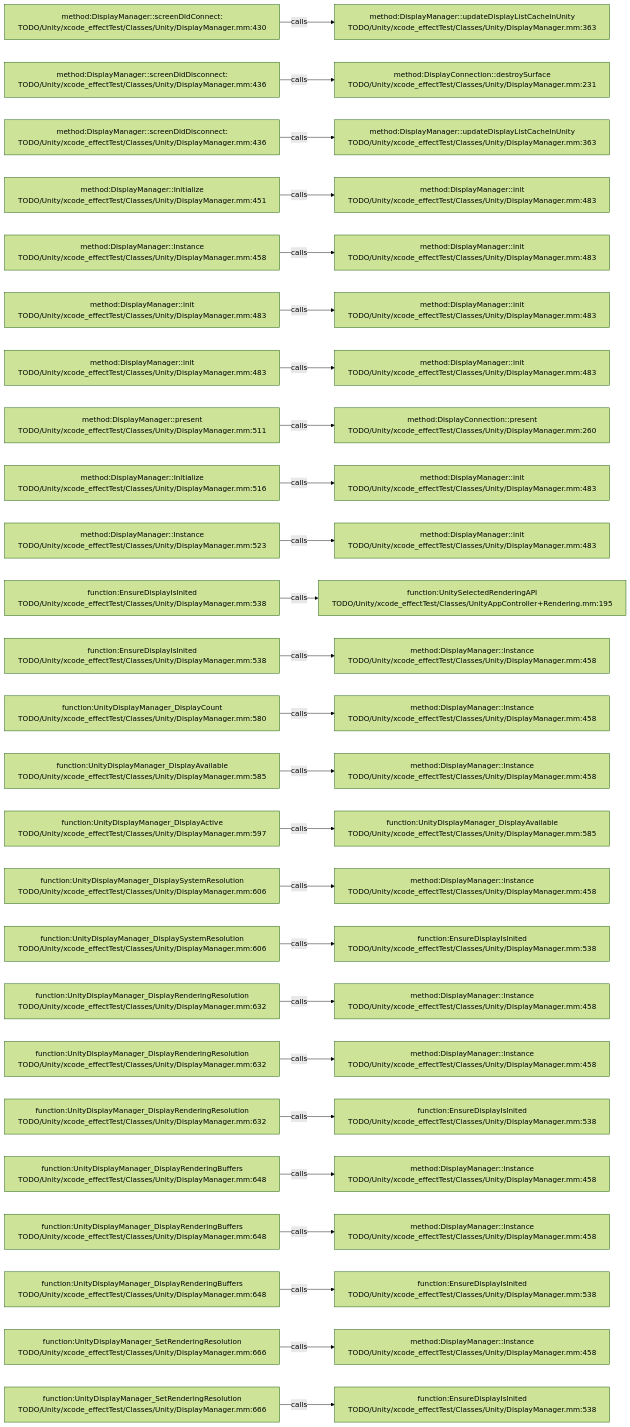
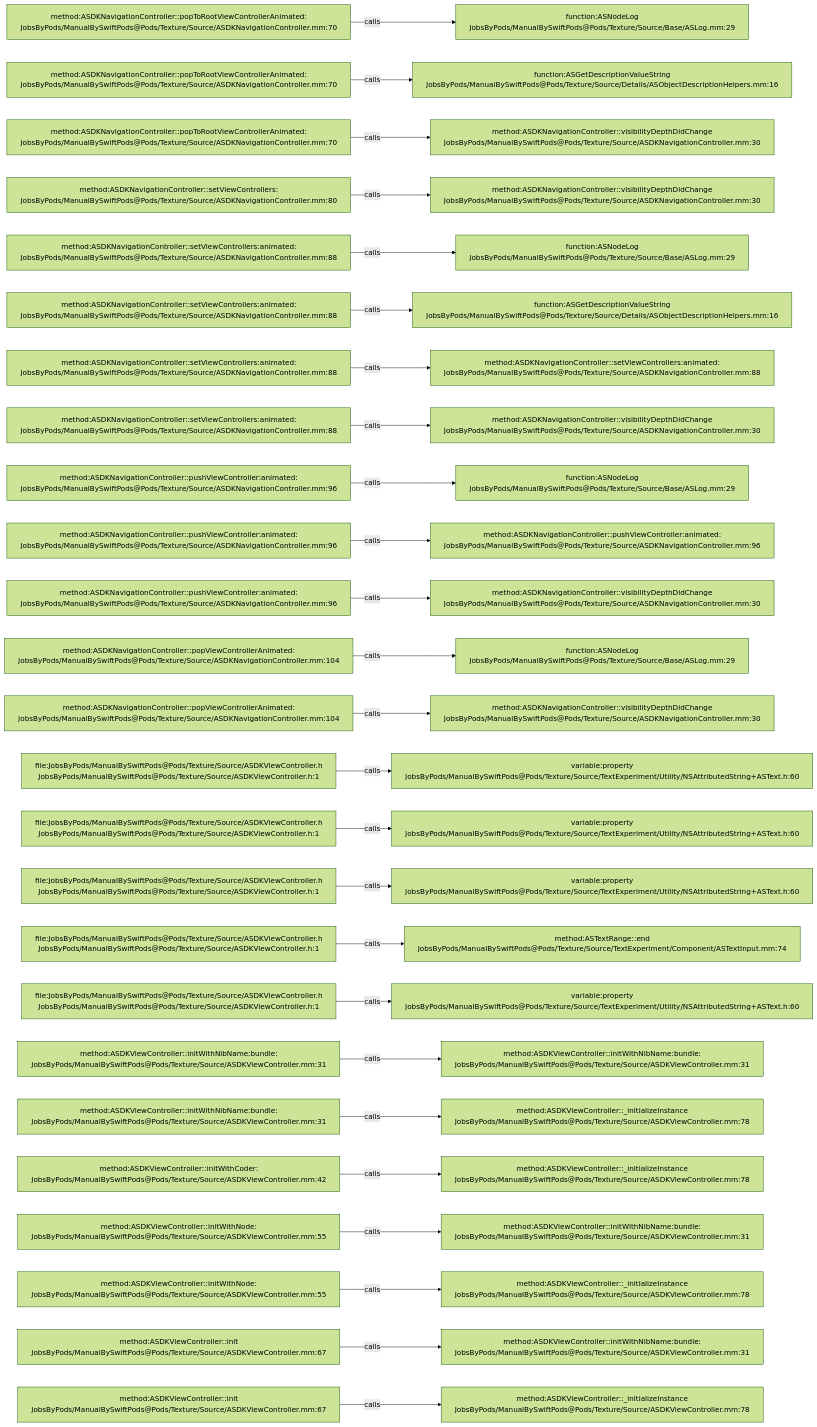
The diagram in .codegraph/codegraph.md/graphs/calls-037.md (JobsKits/JobsSwiftBaseConfigDemo), drawn with Mermaid (forest theme) before and after one commit. The commit also changed 2959 other files, not shown here.

````diff
--- a/.codegraph/codegraph.md/graphs/calls-037.md
+++ b/.codegraph/codegraph.md/graphs/calls-037.md
@@ -13,78 +13,78 @@
 ```mermaid
 flowchart LR
-  S1["method:DisplayManager::screenDidConnect:<br/>TODO/Unity/xcode_effectTest/Classes/Unity/DisplayManager.mm:430"]
-  T1["method:DisplayManager::updateDisplayListCacheInUnity<br/>TODO/Unity/xcode_effectTest/Classes/Unity/DisplayManager.mm:363"]
+  S1["method:ASDKNavigationController::popToRootViewControllerAnimated:<br/>JobsByPods/ManualBySwiftPods@Pods/Texture/Source/ASDKNavigationController.mm:70"]
+  T1["function:ASNodeLog<br/>JobsByPods/ManualBySwiftPods@Pods/Texture/Source/Base/ASLog.mm:29"]
   S1 -->|calls| T1
-  S2["method:DisplayManager::screenDidDisconnect:<br/>TODO/Unity/xcode_effectTest/Classes/Unity/DisplayManager.mm:436"]
-  T2["method:DisplayConnection::destroySurface<br/>TODO/Unity/xcode_effectTest/Classes/Unity/DisplayManager.mm:231"]
+  S2["method:ASDKNavigationController::popToRootViewControllerAnimated:<br/>JobsByPods/ManualBySwiftPods@Pods/Texture/Source/ASDKNavigationController.mm:70"]
+  T2["function:ASGetDescriptionValueString<br/>JobsByPods/ManualBySwiftPods@Pods/Texture/Source/Details/ASObjectDescriptionHelpers.mm:16"]
   S2 -->|calls| T2
-  S3["method:DisplayManager::screenDidDisconnect:<br/>TODO/Unity/xcode_effectTest/Classes/Unity/DisplayManager.mm:436"]
-  T3["method:DisplayManager::updateDisplayListCacheInUnity<br/>TODO/Unity/xcode_effectTest/Classes/Unity/DisplayManager.mm:363"]
+  S3["method:ASDKNavigationController::popToRootViewControllerAnimated:<br/>JobsByPods/ManualBySwiftPods@Pods/Texture/Source/ASDKNavigationController.mm:70"]
+  T3["method:ASDKNavigationController::visibilityDepthDidChange<br/>JobsByPods/ManualBySwiftPods@Pods/Texture/Source/ASDKNavigationController.mm:30"]
   S3 -->|calls| T3
-  S4["method:DisplayManager::Initialize<br/>TODO/Unity/xcode_effectTest/Classes/Unity/DisplayManager.mm:451"]
-  T4["method:DisplayManager::init<br/>TODO/Unity/xcode_effectTest/Classes/Unity/DisplayManager.mm:483"]
+  S4["method:ASDKNavigationController::setViewControllers:<br/>JobsByPods/ManualBySwiftPods@Pods/Texture/Source/ASDKNavigationController.mm:80"]
+  T4["method:ASDKNavigationController::visibilityDepthDidChange<br/>JobsByPods/ManualBySwiftPods@Pods/Texture/Source/ASDKNavigationController.mm:30"]
   S4 -->|calls| T4
-  S5["method:DisplayManager::Instance<br/>TODO/Unity/xcode_effectTest/Classes/Unity/DisplayManager.mm:458"]
-  T5["method:DisplayManager::init<br/>TODO/Unity/xcode_effectTest/Classes/Unity/DisplayManager.mm:483"]
+  S5["method:ASDKNavigationController::setViewControllers:animated:<br/>JobsByPods/ManualBySwiftPods@Pods/Texture/Source/ASDKNavigationController.mm:88"]
+  T5["function:ASNodeLog<br/>JobsByPods/ManualBySwiftPods@Pods/Texture/Source/Base/ASLog.mm:29"]
   S5 -->|calls| T5
-  S6["method:DisplayManager::init<br/>TODO/Unity/xcode_effectTest/Classes/Unity/DisplayManager.mm:483"]
-  T6["method:DisplayManager::init<br/>TODO/Unity/xcode_effectTest/Classes/Unity/DisplayManager.mm:483"]
+  S6["method:ASDKNavigationController::setViewControllers:animated:<br/>JobsByPods/ManualBySwiftPods@Pods/Texture/Source/ASDKNavigationController.mm:88"]
+  T6["function:ASGetDescriptionValueString<br/>JobsByPods/ManualBySwiftPods@Pods/Texture/Source/Details/ASObjectDescriptionHelpers.mm:16"]
   S6 -->|calls| T6
-  S7["method:DisplayManager::init<br/>TODO/Unity/xcode_effectTest/Classes/Unity/DisplayManager.mm:483"]
-  T7["method:DisplayManager::init<br/>TODO/Unity/xcode_effectTest/Classes/Unity/DisplayManager.mm:483"]
+  S7["method:ASDKNavigationController::setViewControllers:animated:<br/>JobsByPods/ManualBySwiftPods@Pods/Texture/Source/ASDKNavigationController.mm:88"]
+  T7["method:ASDKNavigationController::setViewControllers:animated:<br/>JobsByPods/ManualBySwiftPods@Pods/Texture/Source/ASDKNavigationController.mm:88"]
   S7 -->|calls| T7
-  S8["method:DisplayManager::present<br/>TODO/Unity/xcode_effectTest/Classes/Unity/DisplayManager.mm:511"]
-  T8["method:DisplayConnection::present<br/>TODO/Unity/xcode_effectTest/Classes/Unity/DisplayManager.mm:260"]
+  S8["method:ASDKNavigationController::setViewControllers:animated:<br/>JobsByPods/ManualBySwiftPods@Pods/Texture/Source/ASDKNavigationController.mm:88"]
+  T8["method:ASDKNavigationController::visibilityDepthDidChange<br/>JobsByPods/ManualBySwiftPods@Pods/Texture/Source/ASDKNavigationController.mm:30"]
   S8 -->|calls| T8
-  S9["method:DisplayManager::Initialize<br/>TODO/Unity/xcode_effectTest/Classes/Unity/DisplayManager.mm:516"]
-  T9["method:DisplayManager::init<br/>TODO/Unity/xcode_effectTest/Classes/Unity/DisplayManager.mm:483"]
+  S9["method:ASDKNavigationController::pushViewController:animated:<br/>JobsByPods/ManualBySwiftPods@Pods/Texture/Source/ASDKNavigationController.mm:96"]
+  T9["function:ASNodeLog<br/>JobsByPods/ManualBySwiftPods@Pods/Texture/Source/Base/ASLog.mm:29"]
   S9 -->|calls| T9
-  S10["method:DisplayManager::Instance<br/>TODO/Unity/xcode_effectTest/Classes/Unity/DisplayManager.mm:523"]
-  T10["method:DisplayManager::init<br/>TODO/Unity/xcode_effectTest/Classes/Unity/DisplayManager.mm:483"]
+  S10["method:ASDKNavigationController::pushViewController:animated:<br/>JobsByPods/ManualBySwiftPods@Pods/Texture/Source/ASDKNavigationController.mm:96"]
+  T10["method:ASDKNavigationController::pushViewController:animated:<br/>JobsByPods/ManualBySwiftPods@Pods/Texture/Source/ASDKNavigationController.mm:96"]
   S10 -->|calls| T10
-  S11["function:EnsureDisplayIsInited<br/>TODO/Unity/xcode_effectTest/Classes/Unity/DisplayManager.mm:538"]
-  T11["function:UnitySelectedRenderingAPI<br/>TODO/Unity/xcode_effectTest/Classes/UnityAppController+Rendering.mm:195"]
+  S11["method:ASDKNavigationController::pushViewController:animated:<br/>JobsByPods/ManualBySwiftPods@Pods/Texture/Source/ASDKNavigationController.mm:96"]
+  T11["method:ASDKNavigationController::visibilityDepthDidChange<br/>JobsByPods/ManualBySwiftPods@Pods/Texture/Source/ASDKNavigationController.mm:30"]
   S11 -->|calls| T11
-  S12["function:EnsureDisplayIsInited<br/>TODO/Unity/xcode_effectTest/Classes/Unity/DisplayManager.mm:538"]
-  T12["method:DisplayManager::Instance<br/>TODO/Unity/xcode_effectTest/Classes/Unity/DisplayManager.mm:458"]
+  S12["method:ASDKNavigationController::popViewControllerAnimated:<br/>JobsByPods/ManualBySwiftPods@Pods/Texture/Source/ASDKNavigationController.mm:104"]
+  T12["function:ASNodeLog<br/>JobsByPods/ManualBySwiftPods@Pods/Texture/Source/Base/ASLog.mm:29"]
   S12 -->|calls| T12
-  S13["function:UnityDisplayManager_DisplayCount<br/>TODO/Unity/xcode_effectTest/Classes/Unity/DisplayManager.mm:580"]
-  T13["method:DisplayManager::Instance<br/>TODO/Unity/xcode_effectTest/Classes/Unity/DisplayManager.mm:458"]
+  S13["method:ASDKNavigationController::popViewControllerAnimated:<br/>JobsByPods/ManualBySwiftPods@Pods/Texture/Source/ASDKNavigationController.mm:104"]
+  T13["method:ASDKNavigationController::visibilityDepthDidChange<br/>JobsByPods/ManualBySwiftPods@Pods/Texture/Source/ASDKNavigationController.mm:30"]
   S13 -->|calls| T13
-  S14["function:UnityDisplayManager_DisplayAvailable<br/>TODO/Unity/xcode_effectTest/Classes/Unity/DisplayManager.mm:585"]
-  T14["method:DisplayManager::Instance<br/>TODO/Unity/xcode_effectTest/Classes/Unity/DisplayManager.mm:458"]
+  S14["file:JobsByPods/ManualBySwiftPods@Pods/Texture/Source/ASDKViewController.h<br/>JobsByPods/ManualBySwiftPods@Pods/Texture/Source/ASDKViewController.h:1"]
+  T14["variable:property<br/>JobsByPods/ManualBySwiftPods@Pods/Texture/Source/TextExperiment/Utility/NSAttributedString+ASText.h:60"]
   S14 -->|calls| T14
-  S15["function:UnityDisplayManager_DisplayActive<br/>TODO/Unity/xcode_effectTest/Classes/Unity/DisplayManager.mm:597"]
-  T15["function:UnityDisplayManager_DisplayAvailable<br/>TODO/Unity/xcode_effectTest/Classes/Unity/DisplayManager.mm:585"]
+  S15["file:JobsByPods/ManualBySwiftPods@Pods/Texture/Source/ASDKViewController.h<br/>JobsByPods/ManualBySwiftPods@Pods/Texture/Source/ASDKViewController.h:1"]
+  T15["variable:property<br/>JobsByPods/ManualBySwiftPods@Pods/Texture/Source/TextExperiment/Utility/NSAttributedString+ASText.h:60"]
   S15 -->|calls| T15
-  S16["function:UnityDisplayManager_DisplaySystemResolution<br/>TODO/Unity/xcode_effectTest/Classes/Unity/DisplayManager.mm:606"]
-  T16["method:DisplayManager::Instance<br/>TODO/Unity/xcode_effectTest/Classes/Unity/DisplayManager.mm:458"]
+  S16["file:JobsByPods/ManualBySwiftPods@Pods/Texture/Source/ASDKViewController.h<br/>JobsByPods/ManualBySwiftPods@Pods/Texture/Source/ASDKViewController.h:1"]
+  T16["variable:property<br/>JobsByPods/ManualBySwiftPods@Pods/Texture/Source/TextExperiment/Utility/NSAttributedString+ASText.h:60"]
   S16 -->|calls| T16
-  S17["function:UnityDisplayManager_DisplaySystemResolution<br/>TODO/Unity/xcode_effectTest/Classes/Unity/DisplayManager.mm:606"]
-  T17["function:EnsureDisplayIsInited<br/>TODO/Unity/xcode_effectTest/Classes/Unity/DisplayManager.mm:538"]
+  S17["file:JobsByPods/ManualBySwiftPods@Pods/Texture/Source/ASDKViewController.h<br/>JobsByPods/ManualBySwiftPods@Pods/Texture/Source/ASDKViewController.h:1"]
+  T17["method:ASTextRange::end<br/>JobsByPods/ManualBySwiftPods@Pods/Texture/Source/TextExperiment/Component/ASTextInput.mm:74"]
   S17 -->|calls| T17
-  S18["function:UnityDisplayManager_DisplayRenderingResolution<br/>TODO/Unity/xcode_effectTest/Classes/Unity/DisplayManager.mm:632"]
-  T18["method:DisplayManager::Instance<br/>TODO/Unity/xcode_effectTest/Classes/Unity/DisplayManager.mm:458"]
+  S18["file:JobsByPods/ManualBySwiftPods@Pods/Texture/Source/ASDKViewController.h<br/>JobsByPods/ManualBySwiftPods@Pods/Texture/Source/ASDKViewController.h:1"]
+  T18["variable:property<br/>JobsByPods/ManualBySwiftPods@Pods/Texture/Source/TextExperiment/Utility/NSAttributedString+ASText.h:60"]
   S18 -->|calls| T18
-  S19["function:UnityDisplayManager_DisplayRenderingResolution<br/>TODO/Unity/xcode_effectTest/Classes/Unity/DisplayManager.mm:632"]
-  T19["method:DisplayManager::Instance<br/>TODO/Unity/xcode_effectTest/Classes/Unity/DisplayManager.mm:458"]
+  S19["method:ASDKViewController::initWithNibName:bundle:<br/>JobsByPods/ManualBySwiftPods@Pods/Texture/Source/ASDKViewController.mm:31"]
+  T19["method:ASDKViewController::initWithNibName:bundle:<br/>JobsByPods/ManualBySwiftPods@Pods/Texture/Source/ASDKViewController.mm:31"]
   S19 -->|calls| T19
-  S20["function:UnityDisplayManager_DisplayRenderingResolution<br/>TODO/Unity/xcode_effectTest/Classes/Unity/DisplayManager.mm:632"]
-  T20["function:EnsureDisplayIsInited<br/>TODO/Unity/xcode_effectTest/Classes/Unity/DisplayManager.mm:538"]
+  S20["method:ASDKViewController::initWithNibName:bundle:<br/>JobsByPods/ManualBySwiftPods@Pods/Texture/Source/ASDKViewController.mm:31"]
+  T20["method:ASDKViewController::_initializeInstance<br/>JobsByPods/ManualBySwiftPods@Pods/Texture/Source/ASDKViewController.mm:78"]
   S20 -->|calls| T20
-  S21["function:UnityDisplayManager_DisplayRenderingBuffers<br/>TODO/Unity/xcode_effectTest/Classes/Unity/DisplayManager.mm:648"]
-  T21["method:DisplayManager::Instance<br/>TODO/Unity/xcode_effectTest/Classes/Unity/DisplayManager.mm:458"]
+  S21["method:ASDKViewController::initWithCoder:<br/>JobsByPods/ManualBySwiftPods@Pods/Texture/Source/ASDKViewController.mm:42"]
+  T21["method:ASDKViewController::_initializeInstance<br/>JobsByPods/ManualBySwiftPods@Pods/Texture/Source/ASDKViewController.mm:78"]
   S21 -->|calls| T21
-  S22["function:UnityDisplayManager_DisplayRenderingBuffers<br/>TODO/Unity/xcode_effectTest/Classes/Unity/DisplayManager.mm:648"]
-  T22["method:DisplayManager::Instance<br/>TODO/Unity/xcode_effectTest/Classes/Unity/DisplayManager.mm:458"]
+  S22["method:ASDKViewController::initWithNode:<br/>JobsByPods/ManualBySwiftPods@Pods/Texture/Source/ASDKViewController.mm:55"]
+  T22["method:ASDKViewController::initWithNibName:bundle:<br/>JobsByPods/ManualBySwiftPods@Pods/Texture/Source/ASDKViewController.mm:31"]
   S22 -->|calls| T22
-  S23["function:UnityDisplayManager_DisplayRenderingBuffers<br/>TODO/Unity/xcode_effectTest/Classes/Unity/DisplayManager.mm:648"]
-  T23["function:EnsureDisplayIsInited<br/>TODO/Unity/xcode_effectTest/Classes/Unity/DisplayManager.mm:538"]
+  S23["method:ASDKViewController::initWithNode:<br/>JobsByPods/ManualBySwiftPods@Pods/Texture/Source/ASDKViewController.mm:55"]
+  T23["method:ASDKViewController::_initializeInstance<br/>JobsByPods/ManualBySwiftPods@Pods/Texture/Source/ASDKViewController.mm:78"]
   S23 -->|calls| T23
-  S24["function:UnityDisplayManager_SetRenderingResolution<br/>TODO/Unity/xcode_effectTest/Classes/Unity/DisplayManager.mm:666"]
-  T24["method:DisplayManager::Instance<br/>TODO/Unity/xcode_effectTest/Classes/Unity/DisplayManager.mm:458"]
+  S24["method:ASDKViewController::init<br/>JobsByPods/ManualBySwiftPods@Pods/Texture/Source/ASDKViewController.mm:67"]
+  T24["method:ASDKViewController::initWithNibName:bundle:<br/>JobsByPods/ManualBySwiftPods@Pods/Texture/Source/ASDKViewController.mm:31"]
   S24 -->|calls| T24
-  S25["function:UnityDisplayManager_SetRenderingResolution<br/>TODO/Unity/xcode_effectTest/Classes/Unity/DisplayManager.mm:666"]
-  T25["function:EnsureDisplayIsInited<br/>TODO/Unity/xcode_effectTest/Classes/Unity/DisplayManager.mm:538"]
+  S25["method:ASDKViewController::init<br/>JobsByPods/ManualBySwiftPods@Pods/Texture/Source/ASDKViewController.mm:67"]
+  T25["method:ASDKViewController::_initializeInstance<br/>JobsByPods/ManualBySwiftPods@Pods/Texture/Source/ASDKViewController.mm:78"]
   S25 -->|calls| T25
 ```
````
